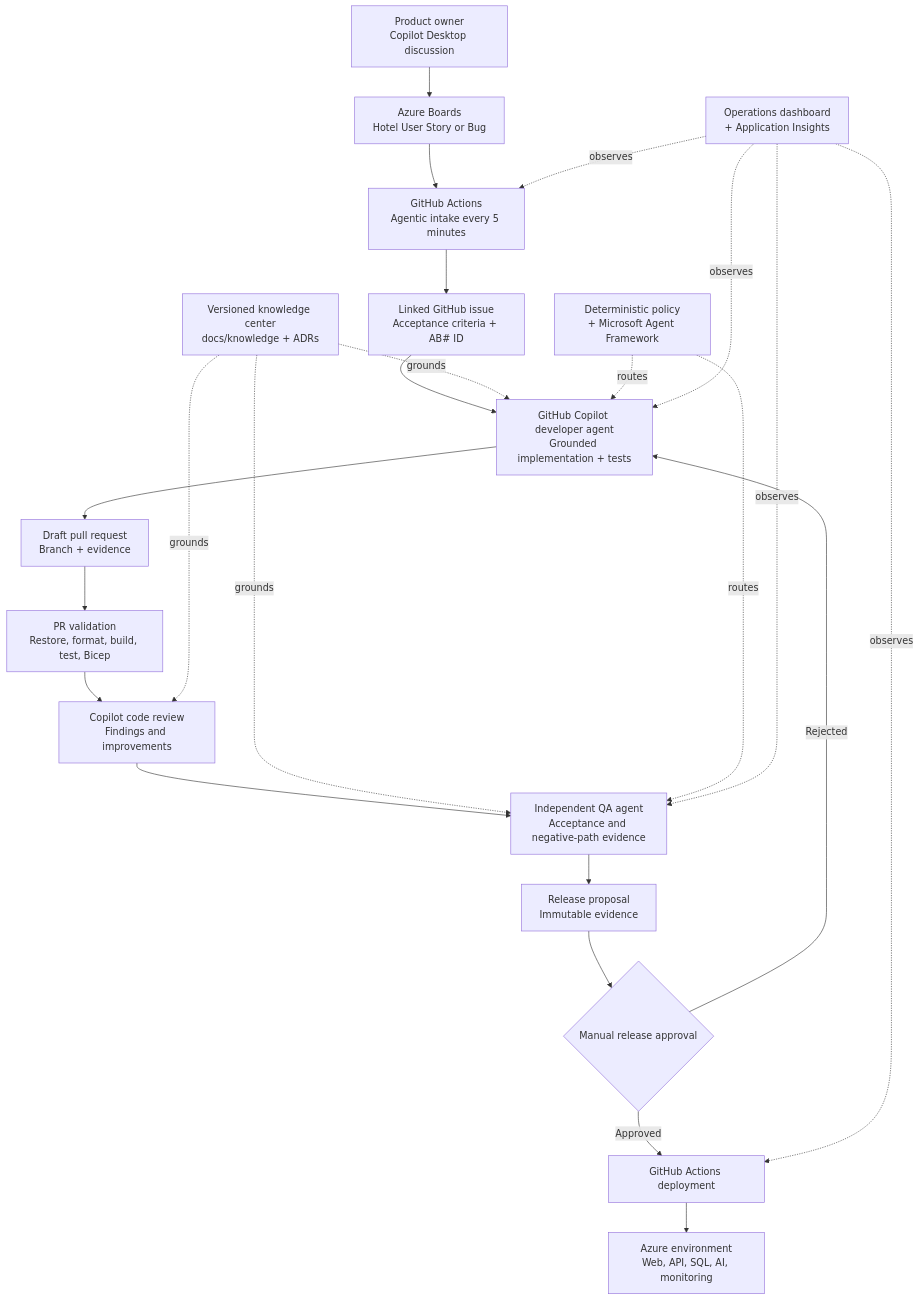
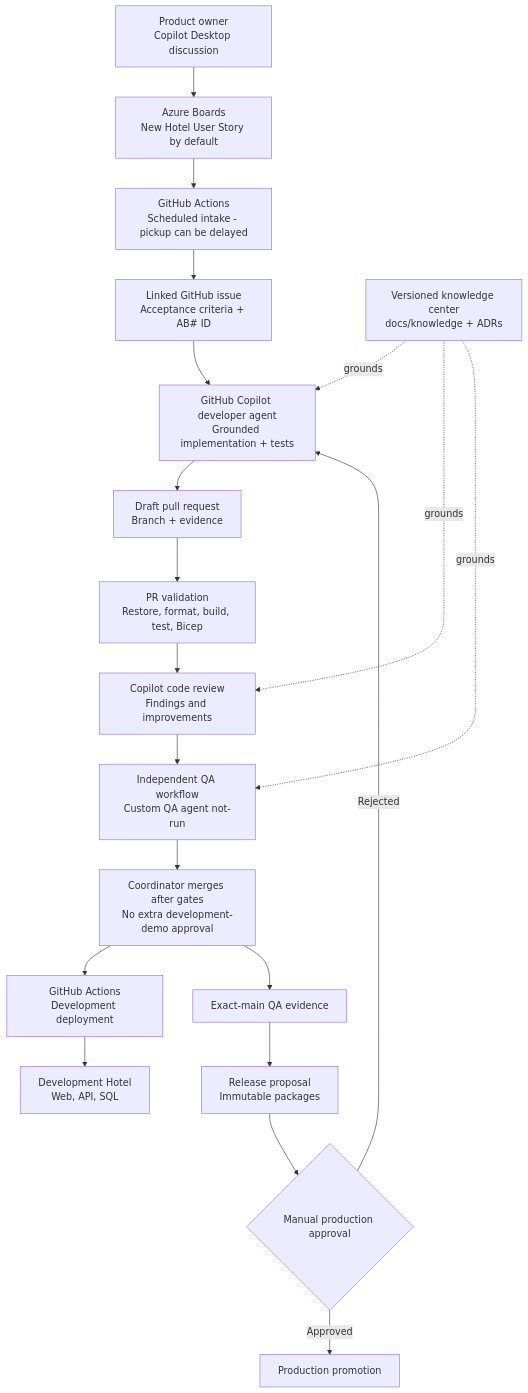
One commit to cihanduruer/agentic-development changed the diagram in docs/development-pipeline/README.md. Above: the diagram before and after it, drawn with Mermaid. The commit also changed other lines of this file and 9 other files, not shown here.

Commit message:
docs: clarify Azure responsibilities and simplify the Hotel demo

````diff
--- a/docs/development-pipeline/README.md
+++ b/docs/development-pipeline/README.md
@@ -11,26 +11,22 @@
 ```mermaid
 flowchart TD
-    PO["Product owner<br/>Copilot Desktop discussion"] --> WI["Azure Boards<br/>Hotel User Story or Bug"]
-    WI --> INTAKE["GitHub Actions<br/>Agentic intake every 5 minutes"]
+    PO["Product owner<br/>Copilot Desktop discussion"] --> WI["Azure Boards<br/>New Hotel User Story by default"]
+    WI --> INTAKE["GitHub Actions<br/>Scheduled intake - pickup can be delayed"]
     INTAKE --> ISSUE["Linked GitHub issue<br/>Acceptance criteria + AB# ID"]
     ISSUE --> DEV["GitHub Copilot developer agent<br/>Grounded implementation + tests"]
     DEV --> PR["Draft pull request<br/>Branch + evidence"]
     PR --> CI["PR validation<br/>Restore, format, build, test, Bicep"]
     CI --> REVIEW["Copilot code review<br/>Findings and improvements"]
-    REVIEW --> QA["Independent QA agent<br/>Acceptance and negative-path evidence"]
-    QA --> READY["Release proposal<br/>Immutable evidence"]
-    READY --> APPROVAL{"Manual release approval"}
-    APPROVAL -->|Approved| DEPLOY["GitHub Actions deployment"]
+    REVIEW --> QA["Independent QA workflow<br/>Custom QA agent not-run"]
+    QA --> MERGE["Coordinator merges after gates<br/>No extra development-demo approval"]
+    MERGE --> DEPLOY["GitHub Actions<br/>Development deployment"]
+    DEPLOY --> AZURE["Development Hotel<br/>Web, API, SQL"]
+    MERGE --> MAINQA["Exact-main QA evidence"]
+    MAINQA --> READY["Release proposal<br/>Immutable packages"]
+    READY --> APPROVAL{"Manual production approval"}
+    APPROVAL -->|Approved| PROD["Production promotion"]
     APPROVAL -->|Rejected| DEV
-    DEPLOY --> AZURE["Azure environment<br/>Web, API, SQL, AI, monitoring"]
-
     KNOWLEDGE["Versioned knowledge center<br/>docs/knowledge + ADRs"] -. grounds .-> DEV
     KNOWLEDGE -. grounds .-> REVIEW
     KNOWLEDGE -. grounds .-> QA
-    ROUTER["Deterministic policy<br/>+ Microsoft Agent Framework"] -. routes .-> DEV
-    ROUTER -. routes .-> QA
-    OPS["Operations dashboard<br/>+ Application Insights"] -. observes .-> INTAKE
-    OPS -. observes .-> DEV
-    OPS -. observes .-> QA
-    OPS -. observes .-> DEPLOY
 ```
````
